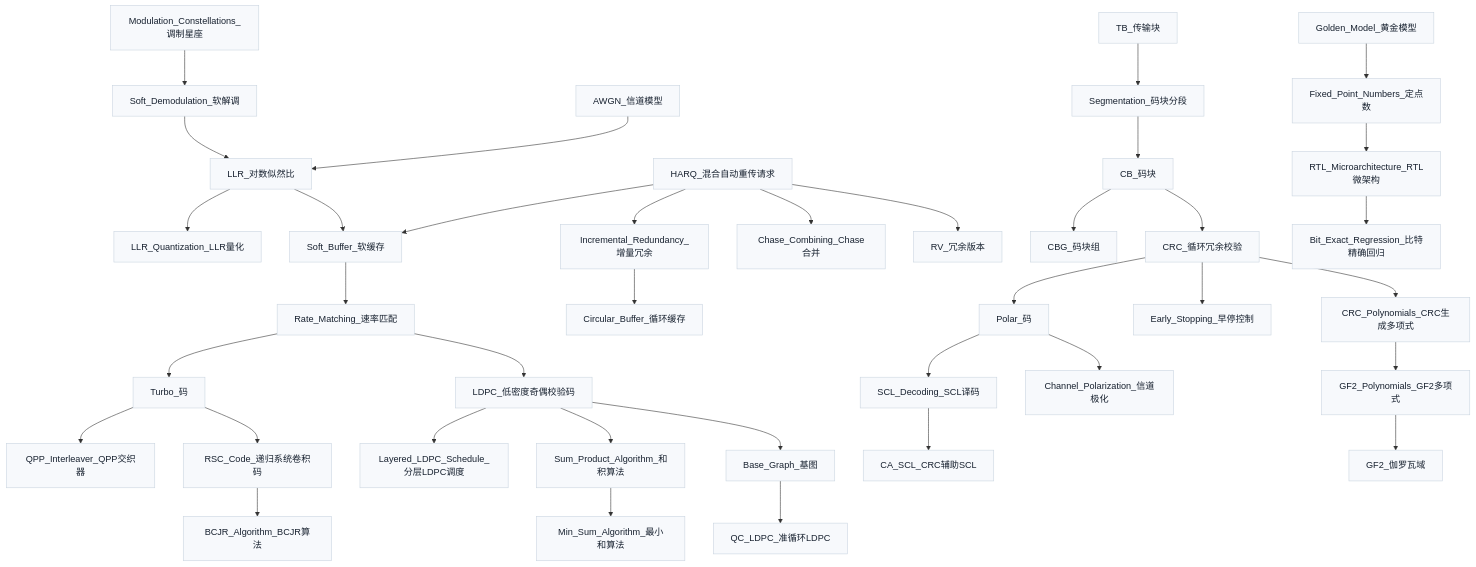
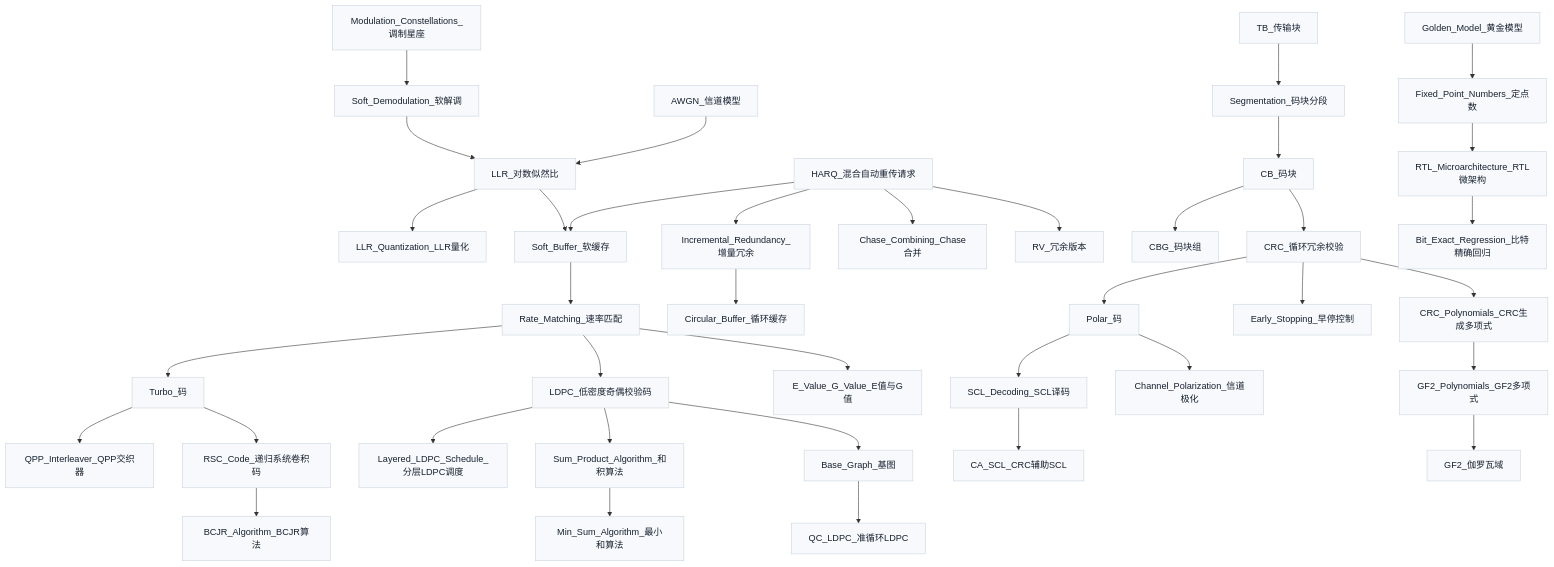
The diagram in 3gpp/docs/concepts/概念图谱入口.md (AuroraYaus/obsidian), drawn with Mermaid before and after one commit. The commit also changed other lines of this file and 14 other files, not shown here.

First line of the commit message:
docs(3gpp): 新增 E 值/G 值概念笔记并同步术语、图谱与三份 README

````diff
--- a/3gpp/docs/concepts/概念图谱入口.md
+++ b/3gpp/docs/concepts/概念图谱入口.md
@@ -200,41 +202,42 @@
 ```mermaid
 %%{init: {'theme': 'default'}}%%
 flowchart TD
     TB["TB_传输块"] --> SEG["Segmentation_码块分段"]
     SEG --> CB["CB_码块"]
     CB --> CRC["CRC_循环冗余校验"]
     CRC --> CRC_POLY["CRC_Polynomials_CRC生成多项式"]
     CRC_POLY --> GF2P["GF2_Polynomials_GF2多项式"]
     GF2P --> GF2["GF2_伽罗瓦域"]
     HARQ["HARQ_混合自动重传请求"] --> RV["RV_冗余版本"]
     HARQ --> CC["Chase_Combining_Chase合并"]
     HARQ --> IR["Incremental_Redundancy_增量冗余"]
     IR --> CBUF["Circular_Buffer_循环缓存"]
     HARQ --> SB["Soft_Buffer_软缓存"]
     AWGN["AWGN_信道模型"] --> LLR["LLR_对数似然比"]
     MOD["Modulation_Constellations_调制星座"] --> DEMOD["Soft_Demodulation_软解调"]
     DEMOD --> LLR
     LLR["LLR_对数似然比"] --> SB
     LLR --> LLRQ["LLR_Quantization_LLR量化"]
     SB --> RM["Rate_Matching_速率匹配"]
+    RM --> EG["E_Value_G_Value_E值与G值"]
     RM --> LDPC["LDPC_低密度奇偶校验码"]
     RM --> Turbo["Turbo_码"]
     LDPC --> BG["Base_Graph_基图"]
     BG --> QC["QC_LDPC_准循环LDPC"]
     LDPC --> SPA["Sum_Product_Algorithm_和积算法"]
     SPA --> MS["Min_Sum_Algorithm_最小和算法"]
     LDPC --> LAYER["Layered_LDPC_Schedule_分层LDPC调度"]
     Turbo --> RSC["RSC_Code_递归系统卷积码"]
     RSC --> BCJR["BCJR_Algorithm_BCJR算法"]
     Turbo --> QPP["QPP_Interleaver_QPP交织器"]
     CRC --> Early["Early_Stopping_早停控制"]
     CRC --> Polar["Polar_码"]
     Polar --> POLARIZE["Channel_Polarization_信道极化"]
     Polar --> SCL["SCL_Decoding_SCL译码"]
     SCL --> CASCL["CA_SCL_CRC辅助SCL"]
     CB --> CBG["CBG_码块组"]
     ENG["Golden_Model_黄金模型"] --> FIX["Fixed_Point_Numbers_定点数"]
     FIX --> RTL["RTL_Microarchitecture_RTL微架构"]
     RTL --> BITEXACT["Bit_Exact_Regression_比特精确回归"]
 classDef default fill:#F7F9FC,stroke:#C9D4DF,color:#17212F;
 ```
````
